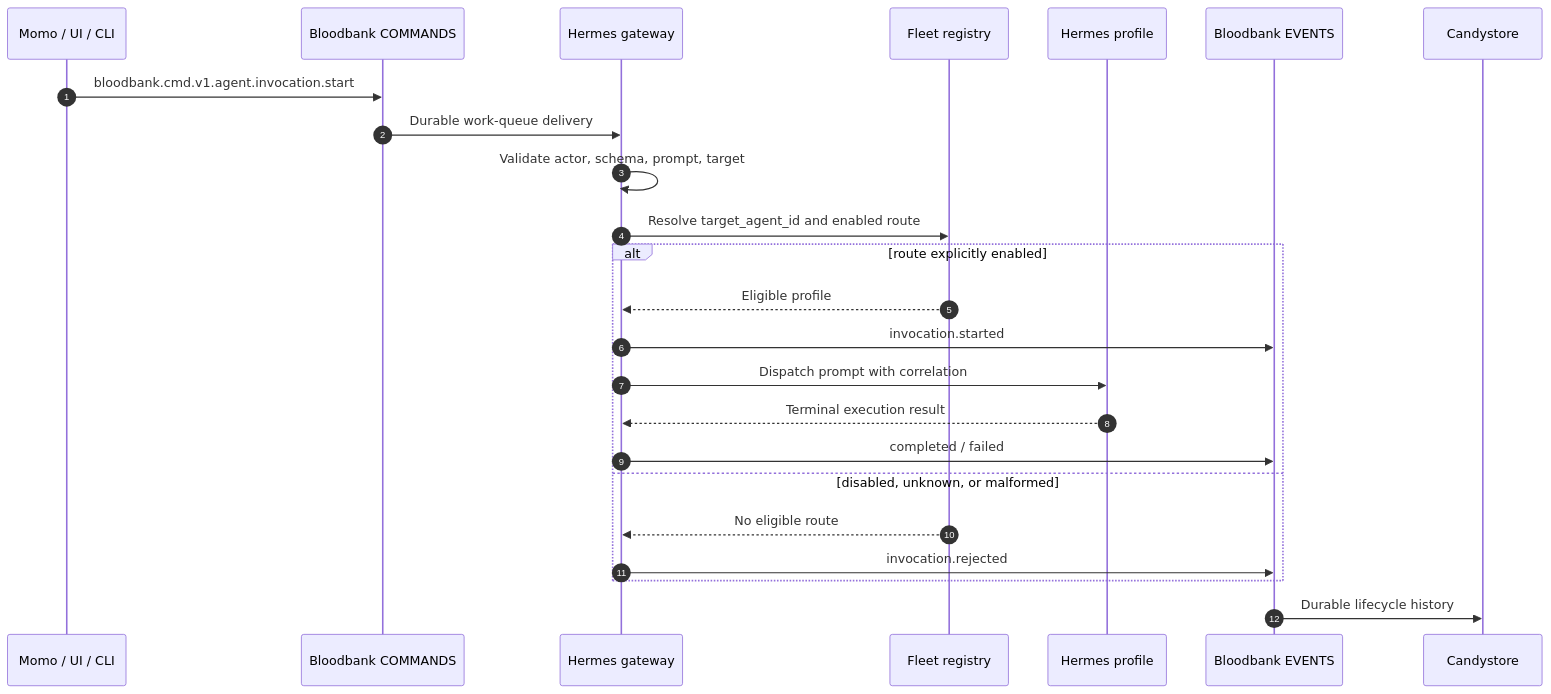
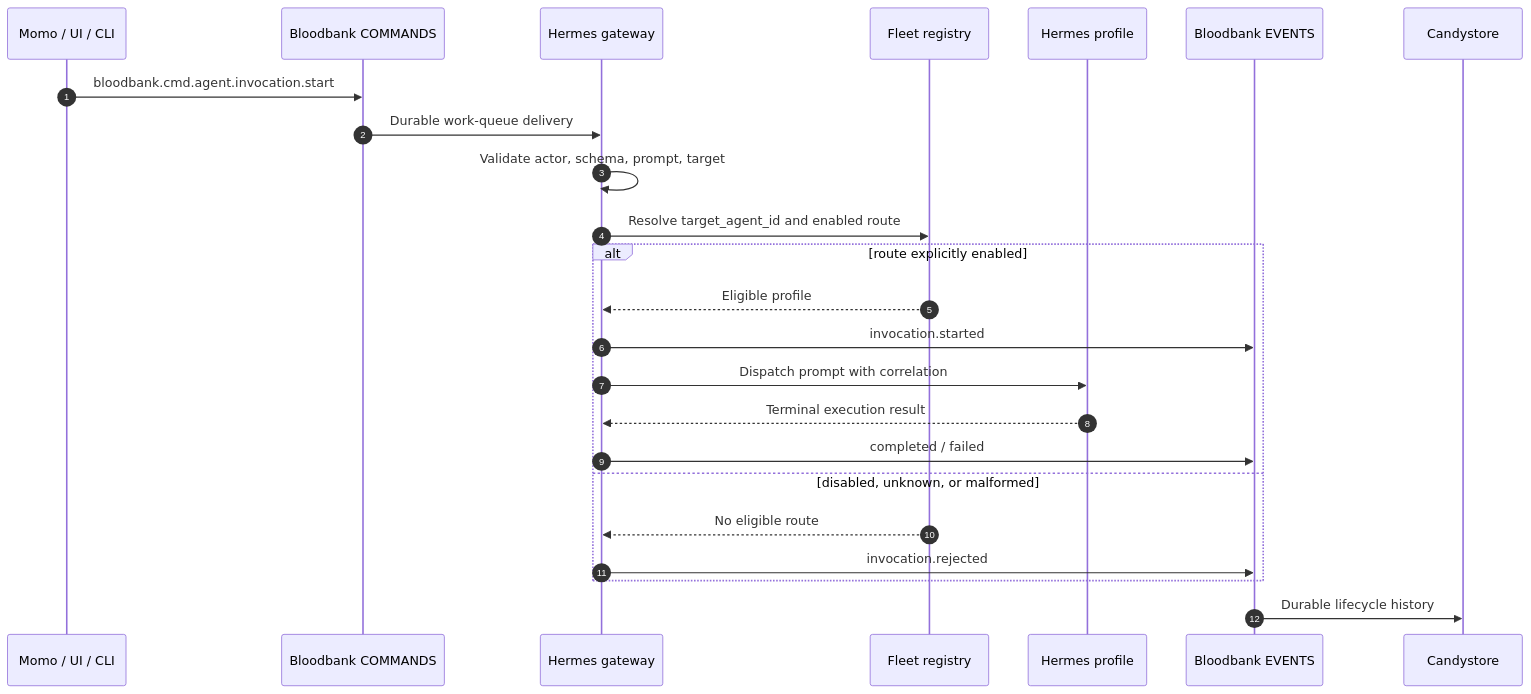
Before and after one commit to delorenj/33GOD: the fourth of 4 diagrams in docs/event-journey.md, drawn with Mermaid. The commit also changed other lines of this file and 3 other files, not shown here.

````diff
--- a/docs/event-journey.md
+++ b/docs/event-journey.md
@@ -129,29 +129,29 @@
 ```mermaid
 sequenceDiagram
     autonumber
     participant P as Momo / UI / CLI
     participant C as Bloodbank COMMANDS
     participant G as Hermes gateway
     participant R as Fleet registry
     participant A as Hermes profile
     participant E as Bloodbank EVENTS
     participant D as Candystore
 
-    P->>C: bloodbank.cmd.v1.agent.invocation.start
+    P->>C: bloodbank.cmd.agent.invocation.start
     C->>G: Durable work-queue delivery
     G->>G: Validate actor, schema, prompt, target
     G->>R: Resolve target_agent_id and enabled route
 
     alt route explicitly enabled
         R-->>G: Eligible profile
         G->>E: invocation.started
         G->>A: Dispatch prompt with correlation
         A-->>G: Terminal execution result
         G->>E: completed / failed
     else disabled, unknown, or malformed
         R-->>G: No eligible route
         G->>E: invocation.rejected
     end
 
     E->>D: Durable lifecycle history
 ```
````
